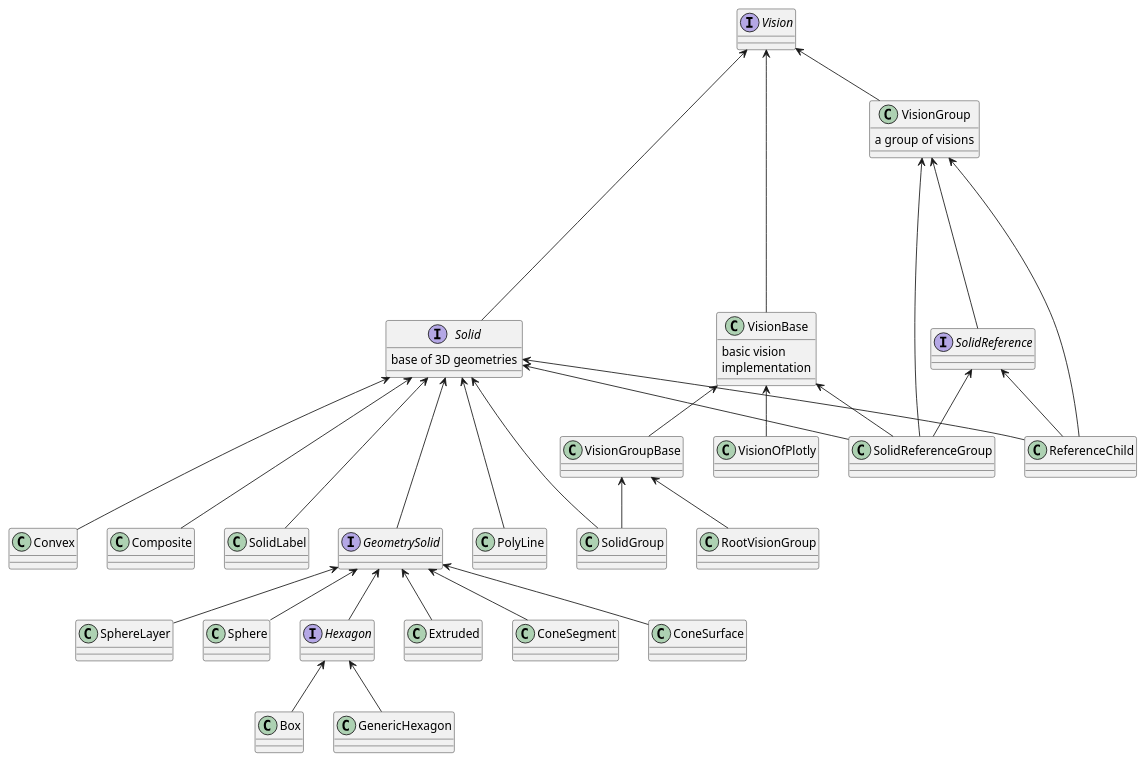
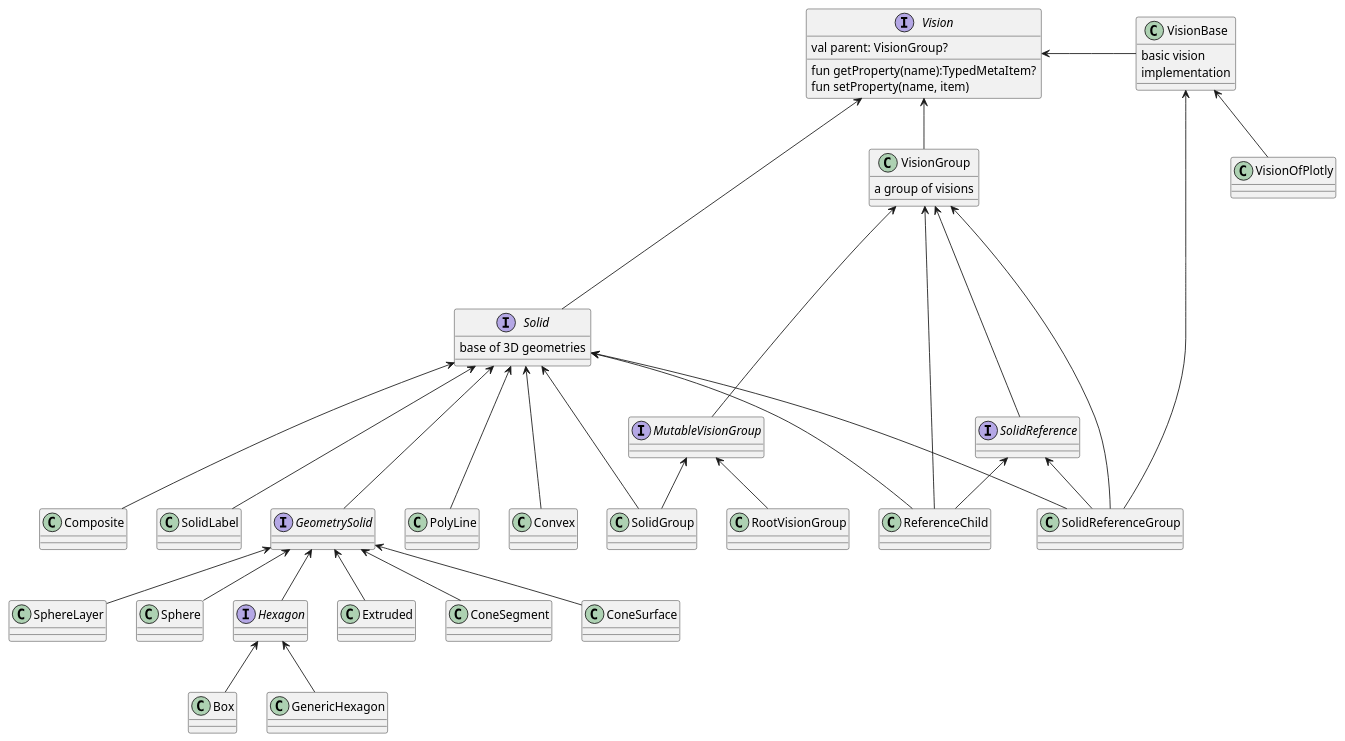
Before and after one commit to SciProgCentre/visionforge: the diagram in docs/uml/Vision.puml, drawn with PlantUML.

Commit message:
Updated Vision.puml ver.2

```diff
--- a/docs/uml/Vision.puml
+++ b/docs/uml/Vision.puml
@@ -1,95 +1,99 @@
 @startuml
 'https://plantuml.com/class-diagram
-interface Vision
+interface Vision{
+    val parent: VisionGroup?
+    fun getProperty(name):TypedMetaItem?
+    fun setProperty(name, item)
+}
 
 interface Solid{
     base of 3D geometries
 }
 Vision <- Solid
 
 class VisionGroup{
     a group of visions
 }
 Vision <-- VisionGroup
 
 class VisionBase{
     basic vision
     implementation
 }
 Vision <- VisionBase
 
 
 class SolidLabel
 Solid <--- SolidLabel
 
 class SolidGroup
 Solid <--- SolidGroup
-VisionGroupBase <-- SolidGroup
+MutableVisionGroup <-- SolidGroup
 
 
 class SphereLayer
 GeometrySolid <-- SphereLayer
 
 class Sphere
 GeometrySolid <-- Sphere
 
 class Box
 Hexagon <-- Box
 
 class GenericHexagon
 Hexagon <-- GenericHexagon
 
 class Extruded
 GeometrySolid <-- Extruded
 
 
 class PolyLine
 Solid <--- PolyLine
 
 interface GeometrySolid
 Solid <--- GeometrySolid
 
 
 interface Hexagon
 GeometrySolid <-- Hexagon
 
 class ConeSegment
 GeometrySolid <-- ConeSegment
 
 class ConeSurface
 GeometrySolid <-- ConeSurface
 
 
 class Convex
 Solid <--- Convex
 
 class Composite
 Solid <--- Composite
 
 
 interface SolidReference
 VisionGroup <---- SolidReference
 
+interface MutableVisionGroup
+VisionGroup <---- MutableVisionGroup
+
 class SolidReferenceGroup
 VisionGroup <-- SolidReferenceGroup
 Solid <-- SolidReferenceGroup
 VisionBase <-- SolidReferenceGroup
 SolidReference <-- SolidReferenceGroup
 
 class ReferenceChild
 VisionGroup <-- ReferenceChild
 Solid <-- ReferenceChild
 SolidReference <-- ReferenceChild
 
 
-class VisionGroupBase
-VisionBase <-- VisionGroupBase
-
 
 class RootVisionGroup
-VisionGroupBase <-- RootVisionGroup
+MutableVisionGroup <-- RootVisionGroup
 
 
 class VisionOfPlotly
 VisionBase <-- VisionOfPlotly
 @enduml
```
